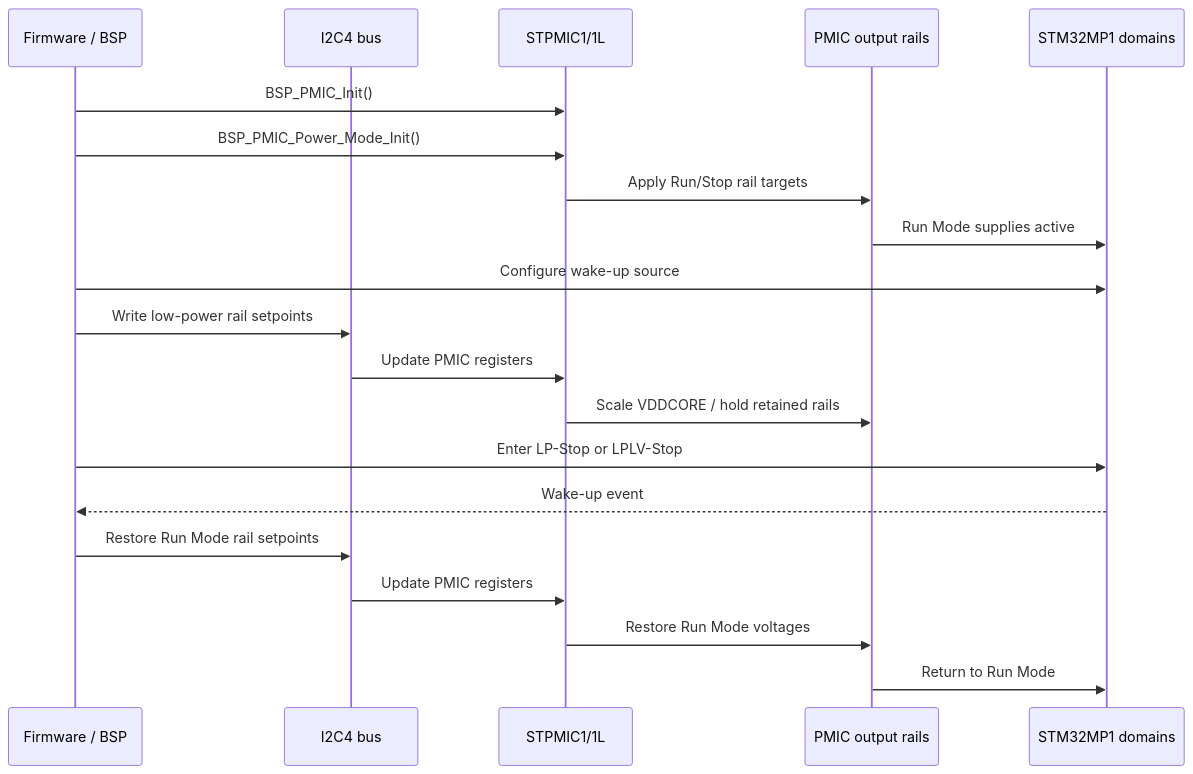
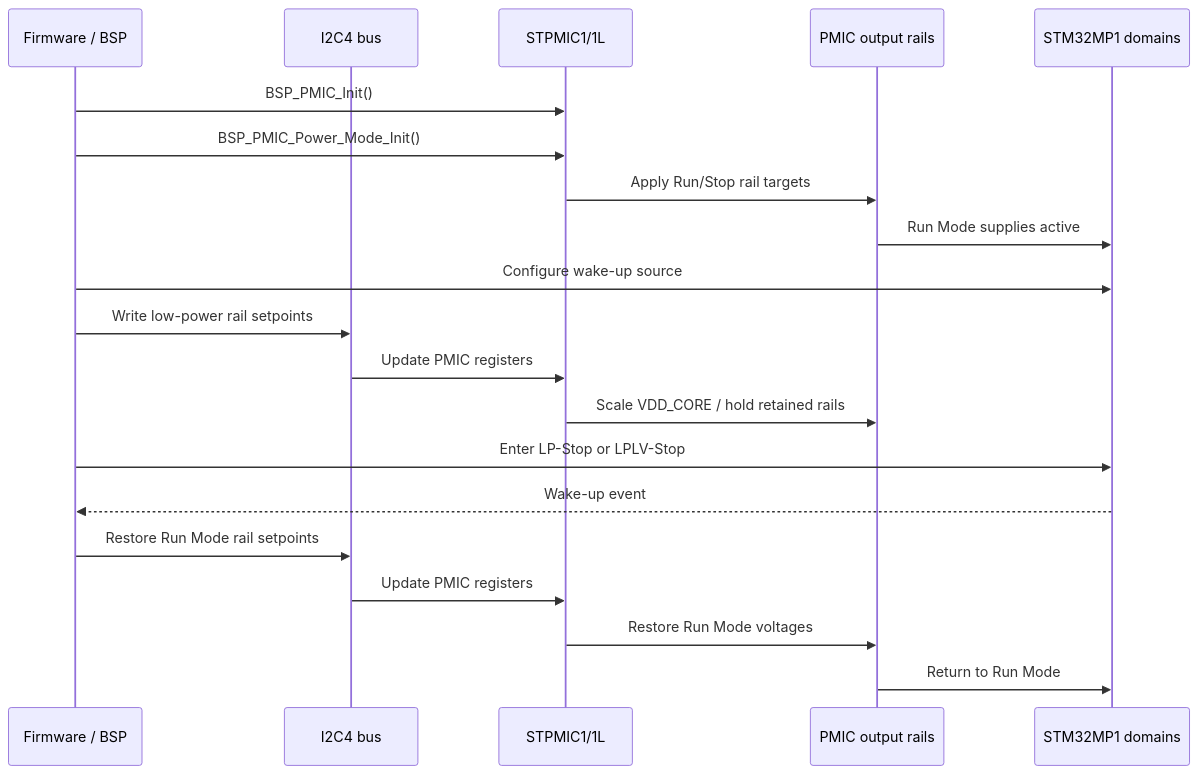
Before and after one commit to RohitRamchandani1/PMIC_Paper: the diagram in 10.Re write using review/Final Paper.md, drawn with Mermaid. The commit also changed other lines of this file and 3 other files, not shown here.

````diff
--- a/10.Re write using review/Final Paper.md
+++ b/10.Re write using review/Final Paper.md
@@ -159,23 +165,23 @@
 ```mermaid
 sequenceDiagram
 	participant FW as Firmware / BSP
 	participant I2C as I2C4 bus
 	participant PMIC as STPMIC1/1L
 	participant Rails as PMIC output rails
 	participant MPU as STM32MP1 domains
 
 	FW->>PMIC: BSP_PMIC_Init()
 	FW->>PMIC: BSP_PMIC_Power_Mode_Init()
 	PMIC->>Rails: Apply Run/Stop rail targets
 	Rails->>MPU: Run Mode supplies active
 	FW->>MPU: Configure wake-up source
 	FW->>I2C: Write low-power rail setpoints
 	I2C->>PMIC: Update PMIC registers
-	PMIC->>Rails: Scale VDDCORE / hold retained rails
+	PMIC->>Rails: Scale VDD_CORE / hold retained rails
 	FW->>MPU: Enter LP-Stop or LPLV-Stop
 	MPU-->>FW: Wake-up event
 	FW->>I2C: Restore Run Mode rail setpoints
 	I2C->>PMIC: Update PMIC registers
 	PMIC->>Rails: Restore Run Mode voltages
 	Rails->>MPU: Return to Run Mode
 ```
````
